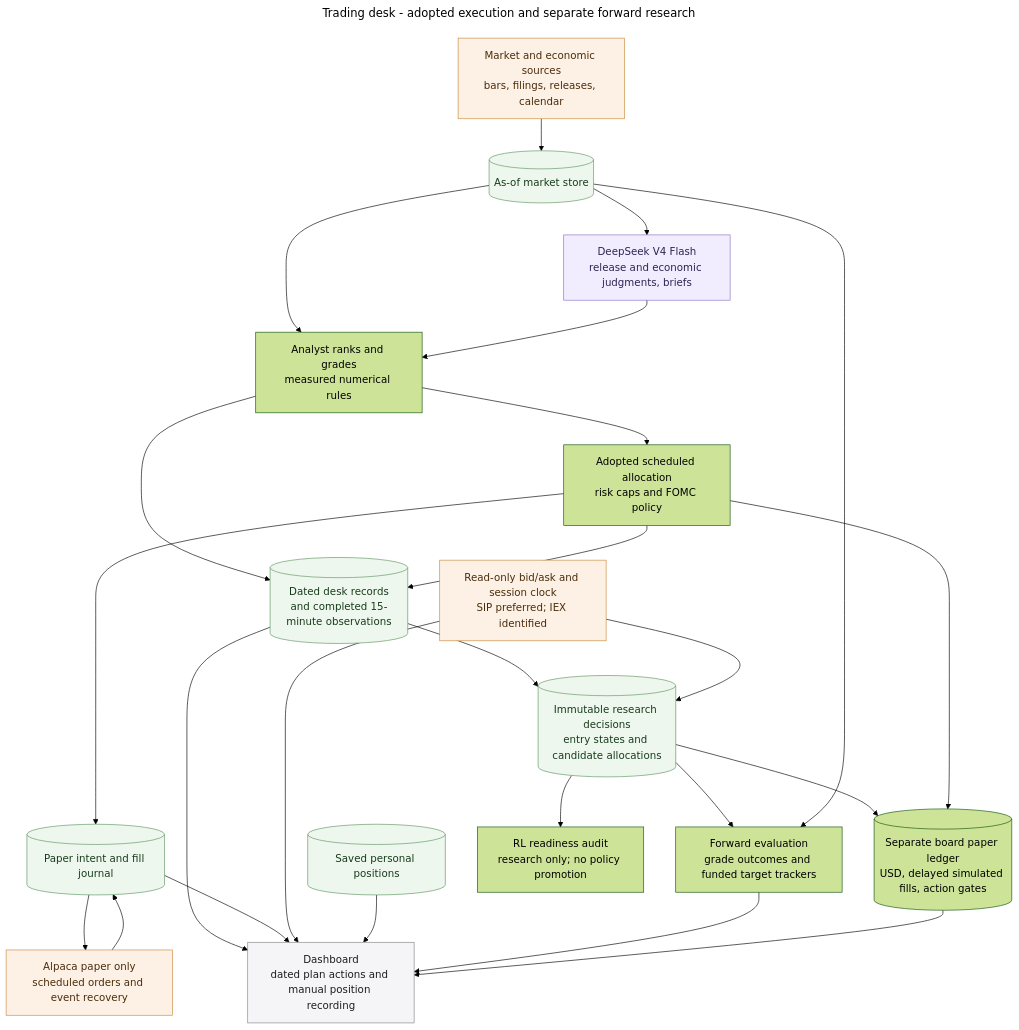
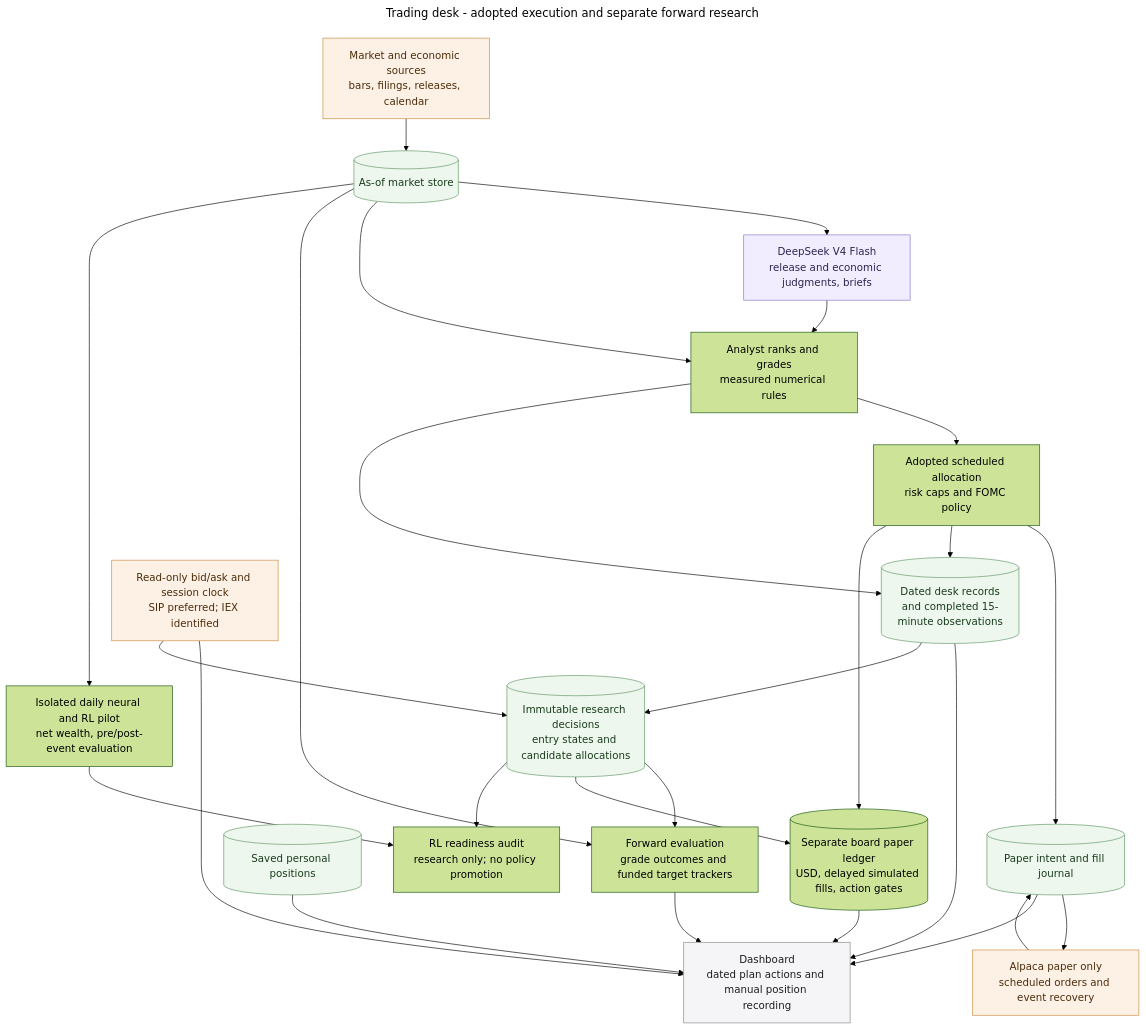
One commit to MallyaAni/PersonalAssistant changed the diagram in docs/diagrams/agent-trading-desk.mmd. Above: the diagram before and after it, drawn with Mermaid (forest theme). The commit also changed 5 other files, not shown here.

Commit message:
Add isolated neural and sequential RL growth pilot

```diff
--- a/docs/diagrams/agent-trading-desk.mmd
+++ b/docs/diagrams/agent-trading-desk.mmd
@@ -1,36 +1,38 @@
 ---
 title: Trading desk - adopted execution and separate forward research
 ---
 flowchart TB
     Providers[Market and economic sources<br/>bars, filings, releases, calendar] --> Store[(As-of market store)]
     Store --> Models[DeepSeek V4 Flash<br/>release and economic judgments, briefs]
     Store --> Grades[Analyst ranks and grades<br/>measured numerical rules]
     Models --> Grades
     Grades --> Plan[Adopted scheduled allocation<br/>risk caps and FOMC policy]
     Plan --> Journal[(Paper intent and fill journal)]
     Journal --> Broker[Alpaca paper only<br/>scheduled orders and event recovery]
     Broker --> Journal
     Grades --> Records[(Dated desk records<br/>and completed 15-minute observations)]
     Plan --> Records
     Records --> View[Dashboard<br/>dated plan actions and manual position recording]
     Journal --> View
     Quotes[Read-only bid/ask and session clock<br/>SIP preferred; IEX identified] --> View
     Holdings[(Saved personal positions)] --> View
     Records --> Research[(Immutable research decisions<br/>entry states and candidate allocations)]
     Quotes --> Research
     Research --> Evidence[Forward evaluation<br/>grade outcomes and funded target trackers]
     Store --> Evidence
     Evidence --> View
     Research --> Shadow[(Separate board paper ledger<br/>USD, delayed simulated fills, action gates)]
     Plan --> Shadow
     Shadow --> View
     Research --> Audit[RL readiness audit<br/>research only; no policy promotion]
+    Store --> Pilot[Isolated daily neural and RL pilot<br/>net wealth, pre/post-event evaluation]
+    Pilot --> Audit
 
     classDef data fill:#eef7ee,stroke:#5f9562,color:#183b1b;
     classDef external fill:#fdf1e6,stroke:#c98a3d,color:#4a2c0a;
     classDef model fill:#f1edff,stroke:#8872c6,color:#2e2450;
     classDef interface fill:#f5f5f7,stroke:#86868b,color:#1d1d1f;
     class Store,Journal,Records,Holdings,Research data;
     class Providers,Broker,Quotes external;
     class Models model;
     class View interface;
```
